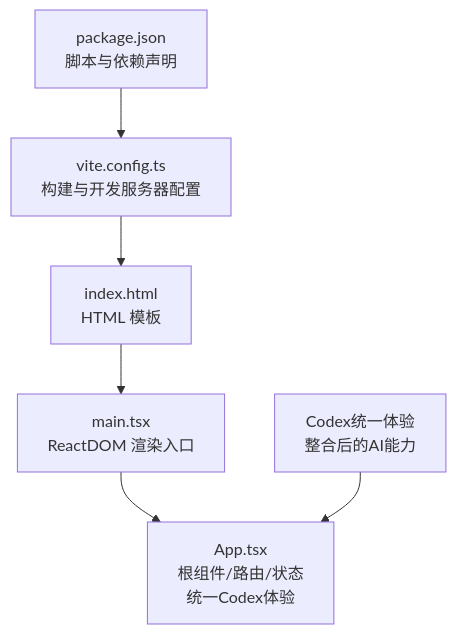
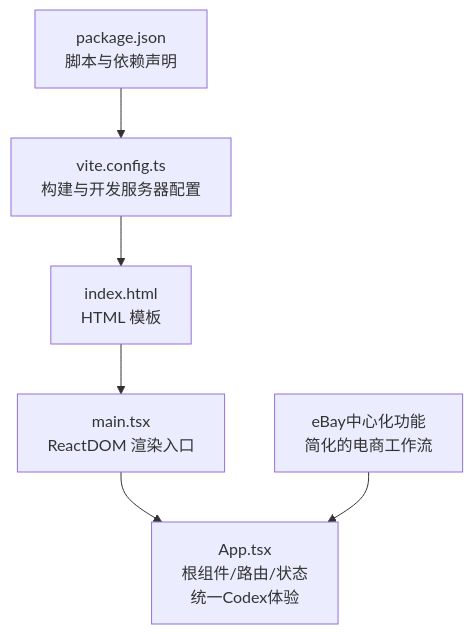
The first of 5 diagrams in .qoder/repowiki/zh/content/系统架构/渲染进程架构/应用入口与初始化.md (iljahofbauer219-lang/yandu), drawn with Mermaid before and after one commit. The commit also changed other lines of this file and 3071 other files, not shown here.

````diff
--- a/.qoder/repowiki/zh/content/系统架构/渲染进程架构/应用入口与初始化.md
+++ b/.qoder/repowiki/zh/content/系统架构/渲染进程架构/应用入口与初始化.md
@@ -40,8 +41,8 @@
 ```mermaid
 graph TB
 A["index.html<br/>HTML 模板"] --> B["main.tsx<br/>ReactDOM 渲染入口"]
 B --> C["App.tsx<br/>根组件/路由/状态<br/>统一Codex体验"]
 D["vite.config.ts<br/>构建与开发服务器配置"] --> A
 E["package.json<br/>脚本与依赖声明"] --> D
-F["Codex统一体验<br/>整合后的AI能力"] --> C
+F["eBay中心化功能<br/>简化的电商工作流"] --> C
 ```
````
